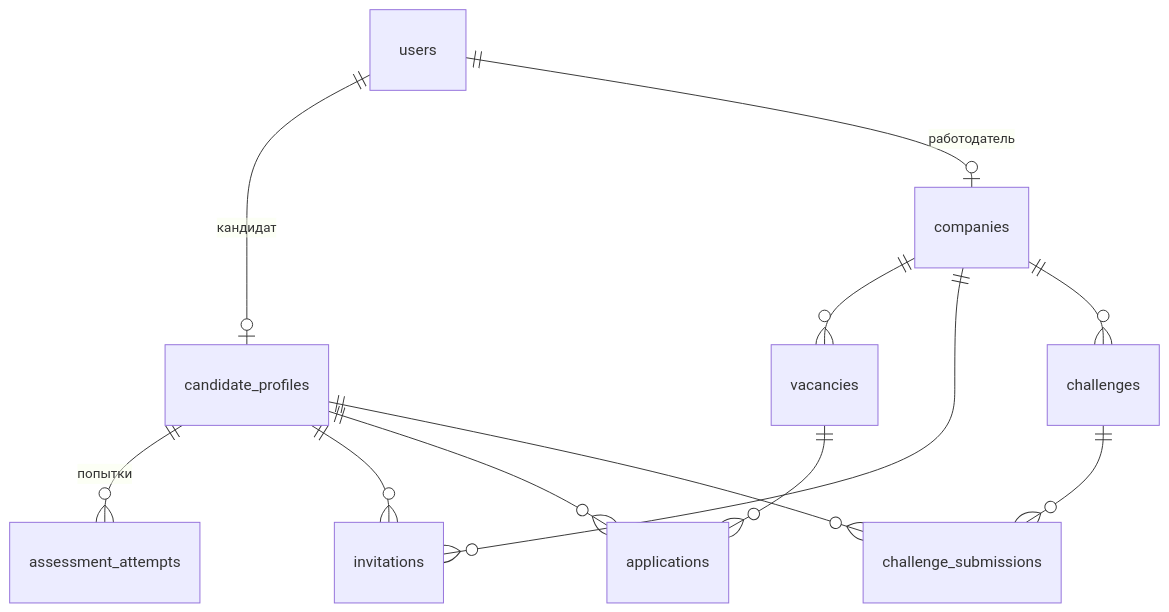
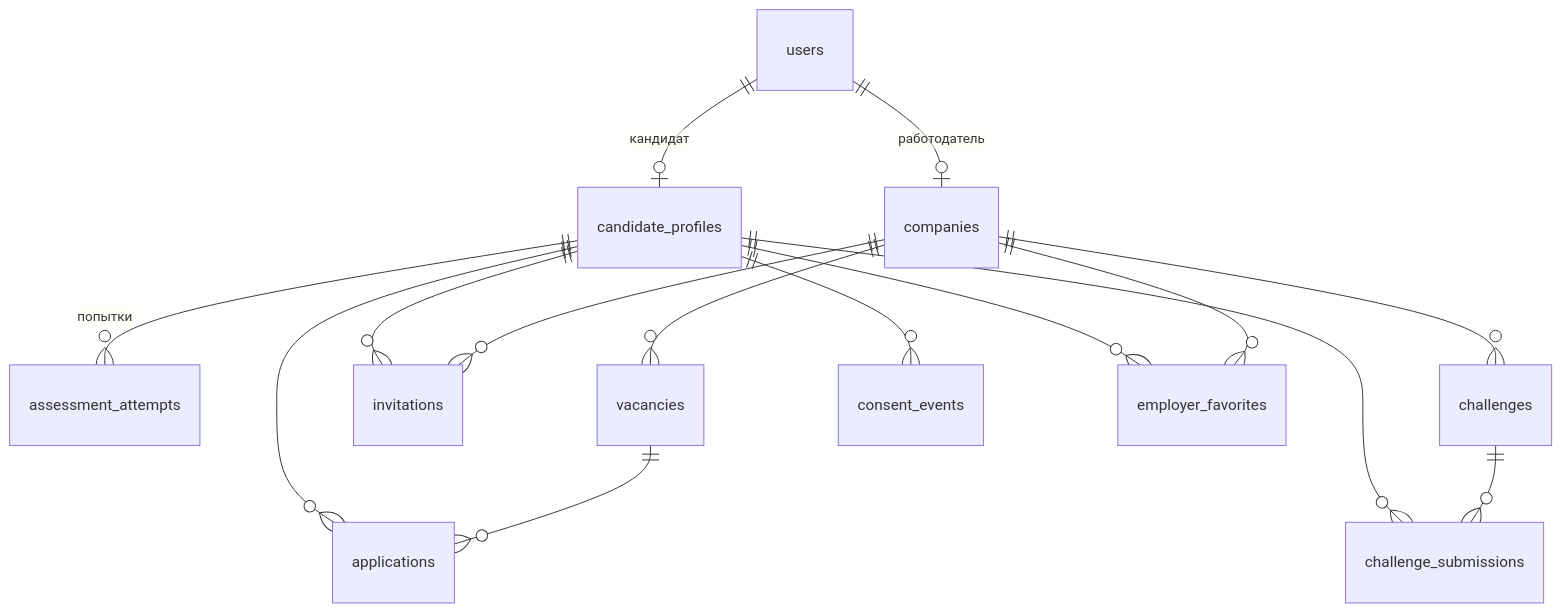
Before and after one commit to Fighter90/hyrekit_fsp: the third of 5 diagrams in docs/guide/04-arhitektura.md, drawn with Mermaid. The commit also changed other lines of this file and 31 other files, not shown here.

````diff
--- a/docs/guide/04-arhitektura.md
+++ b/docs/guide/04-arhitektura.md
@@ -70,14 +70,17 @@
 ```mermaid
 erDiagram
   users ||--o| candidate_profiles : "кандидат"
   users ||--o| companies : "работодатель"
   candidate_profiles ||--o{ assessment_attempts : "попытки"
   companies ||--o{ vacancies : ""
   companies ||--o{ invitations : ""
   candidate_profiles ||--o{ invitations : ""
   vacancies ||--o{ applications : ""
   candidate_profiles ||--o{ applications : ""
   companies ||--o{ challenges : ""
   challenges ||--o{ challenge_submissions : ""
   candidate_profiles ||--o{ challenge_submissions : ""
+  candidate_profiles ||--o{ consent_events : ""
+  companies ||--o{ employer_favorites : ""
+  candidate_profiles ||--o{ employer_favorites : ""
 ```
````
